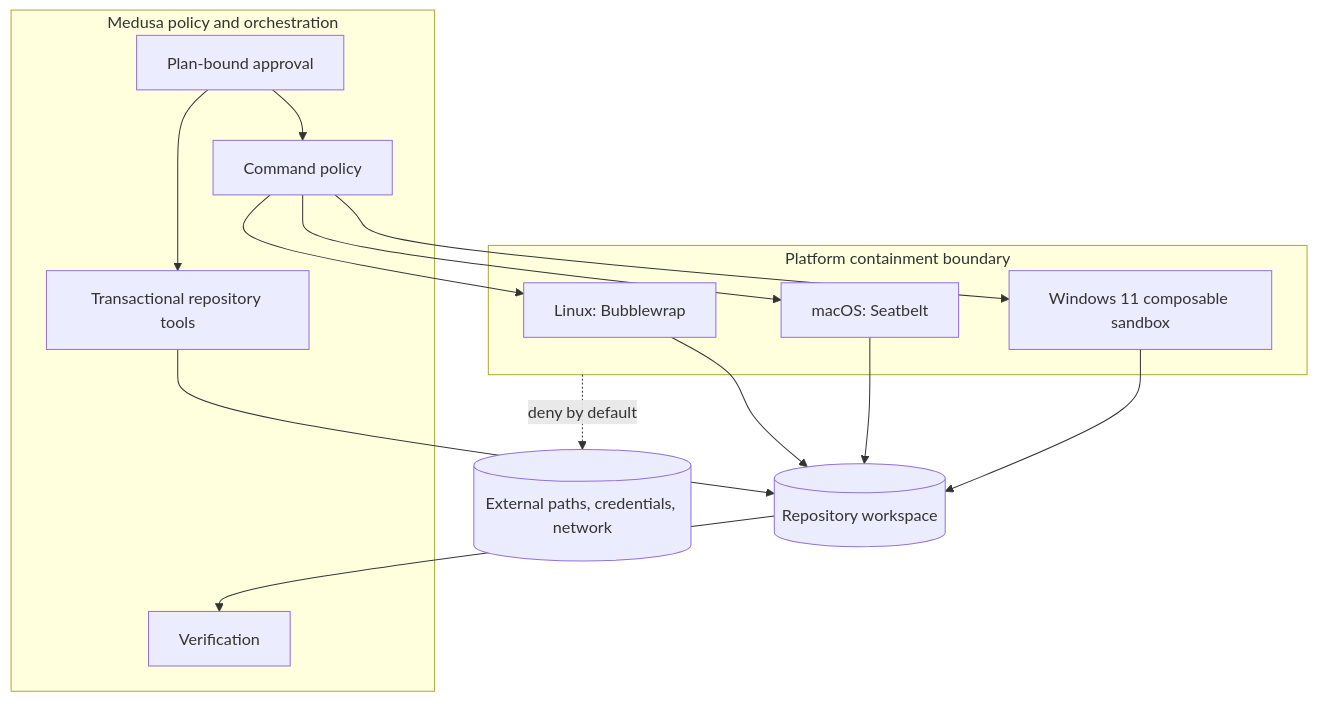
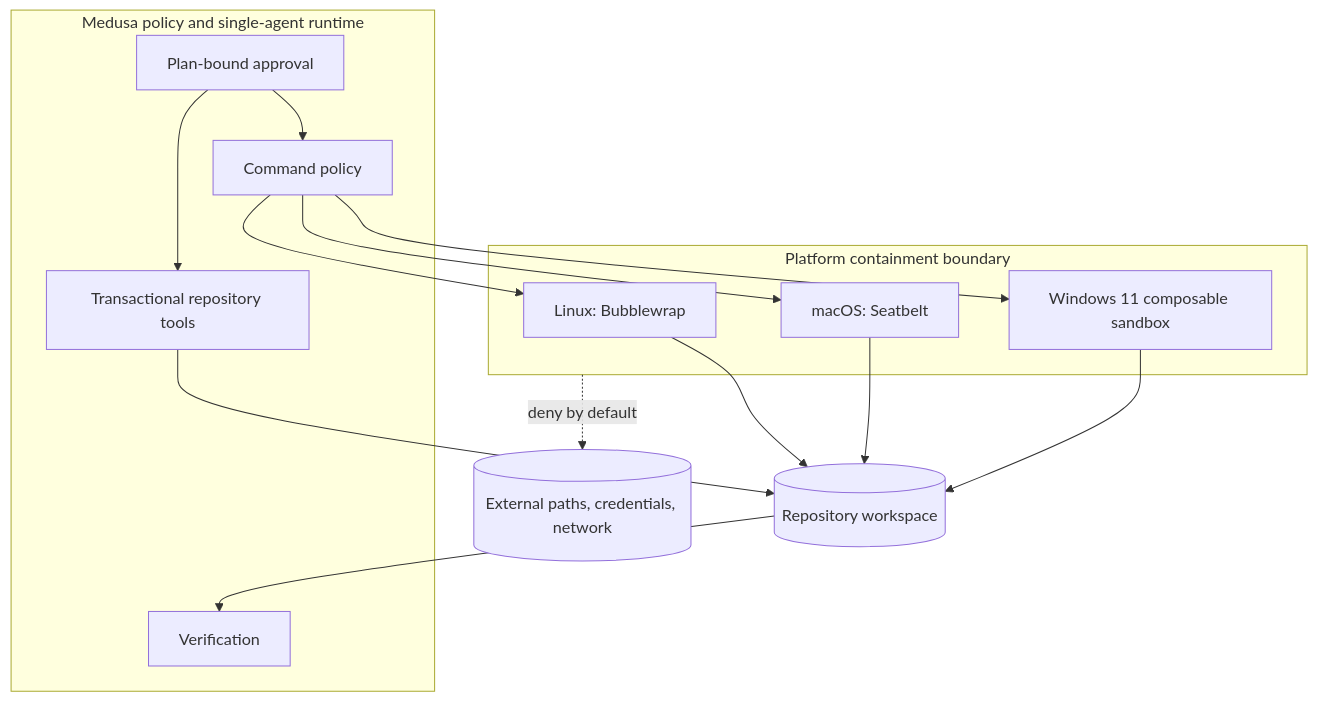
Before and after one commit to benclawbot/Medusa: the second of 5 diagrams in docs/ARCHITECTURE.md, drawn with Mermaid. The commit also changed other lines of this file, not shown here.

Commit message:
docs: align architecture with single-agent production path

````diff
--- a/docs/ARCHITECTURE.md
+++ b/docs/ARCHITECTURE.md
@@ -38,27 +40,27 @@
 ```mermaid
 flowchart TB
-    subgraph Trusted[Medusa policy and orchestration]
+    subgraph Trusted[Medusa policy and single-agent runtime]
       A[Plan-bound approval]
       T[Transactional repository tools]
       C[Command policy]
       V[Verification]
     end
     subgraph Boundary[Platform containment boundary]
       L[Linux: Bubblewrap]
       M[macOS: Seatbelt]
       W[Windows 11 composable sandbox]
     end
     Repo[(Repository workspace)]
     External[(External paths, credentials, network)]
     A --> T
     A --> C
     T --> Repo
     C --> L
     C --> M
     C --> W
     L --> Repo
     M --> Repo
     W --> Repo
     Boundary -. deny by default .-> External
     Repo --> V
 ```
````
